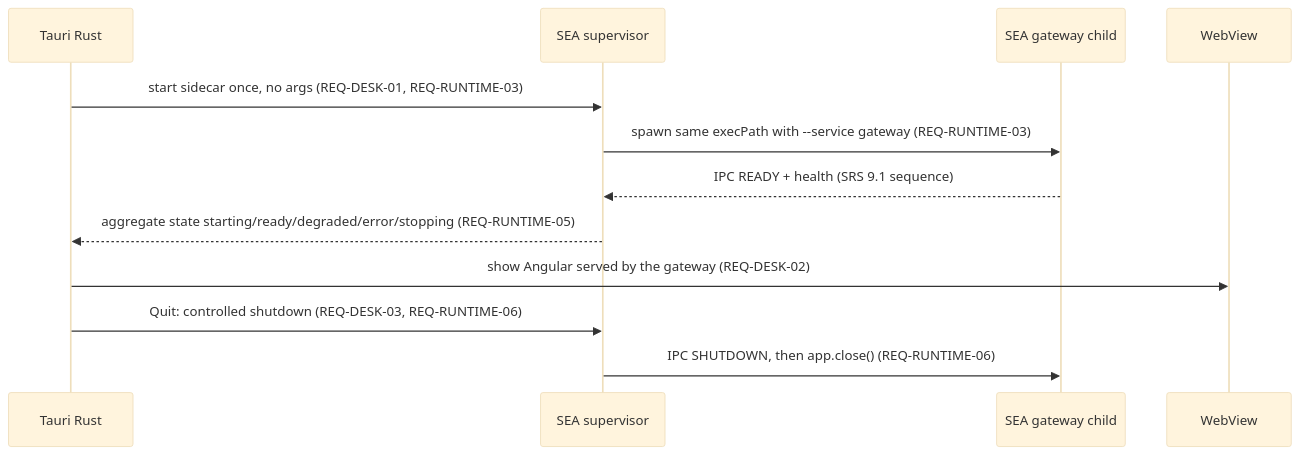
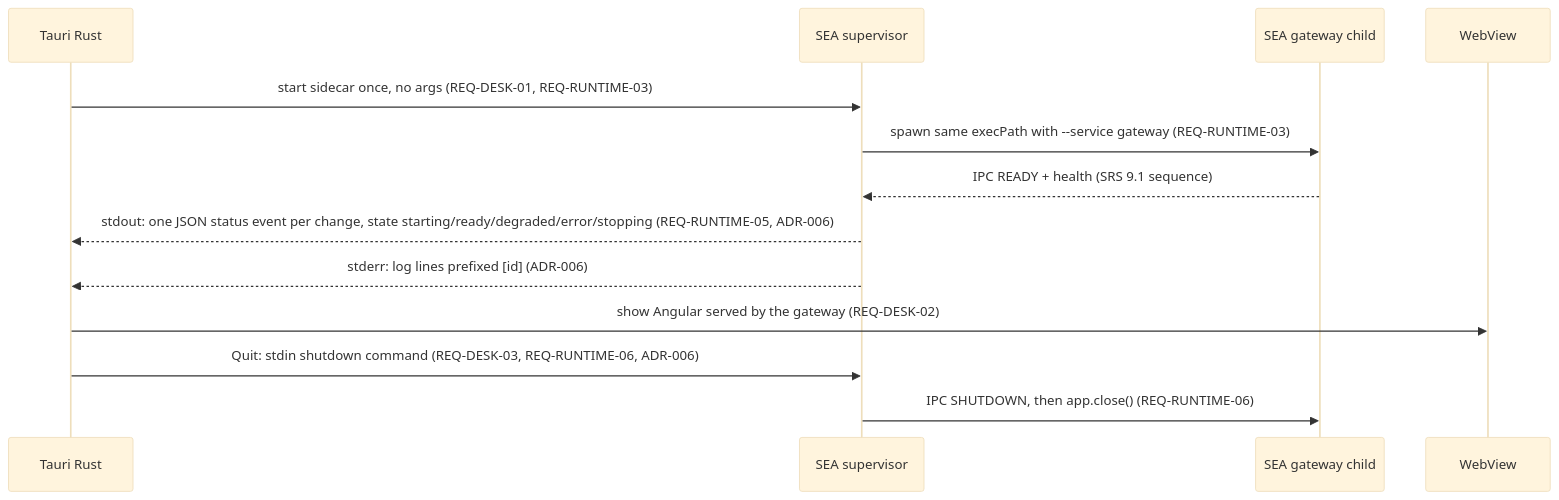
Before and after one commit to virgenherrera/lan-solution-template: the third of 3 diagrams in docs/architecture/overview.md, drawn with Mermaid (base theme). The commit also changed other lines of this file and 51 other files, not shown here.

````diff
--- a/docs/architecture/overview.md
+++ b/docs/architecture/overview.md
@@ -117,14 +117,15 @@
 ```mermaid
 sequenceDiagram
     participant T as Tauri Rust
     participant S as SEA supervisor
     participant G as SEA gateway child
     participant V as WebView
     T->>S: start sidecar once, no args (REQ-DESK-01, REQ-RUNTIME-03)
     S->>G: spawn same execPath with --service gateway (REQ-RUNTIME-03)
     G-->>S: IPC READY + health (SRS 9.1 sequence)
-    S-->>T: aggregate state starting/ready/degraded/error/stopping (REQ-RUNTIME-05)
+    S-->>T: stdout: one JSON status event per change, state starting/ready/degraded/error/stopping (REQ-RUNTIME-05, ADR-006)
+    S-->>T: stderr: log lines prefixed [id] (ADR-006)
     T->>V: show Angular served by the gateway (REQ-DESK-02)
-    T->>S: Quit: controlled shutdown (REQ-DESK-03, REQ-RUNTIME-06)
+    T->>S: Quit: stdin shutdown command (REQ-DESK-03, REQ-RUNTIME-06, ADR-006)
     S->>G: IPC SHUTDOWN, then app.close() (REQ-RUNTIME-06)
 ```
````
